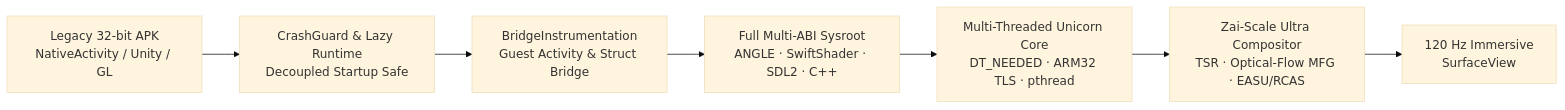
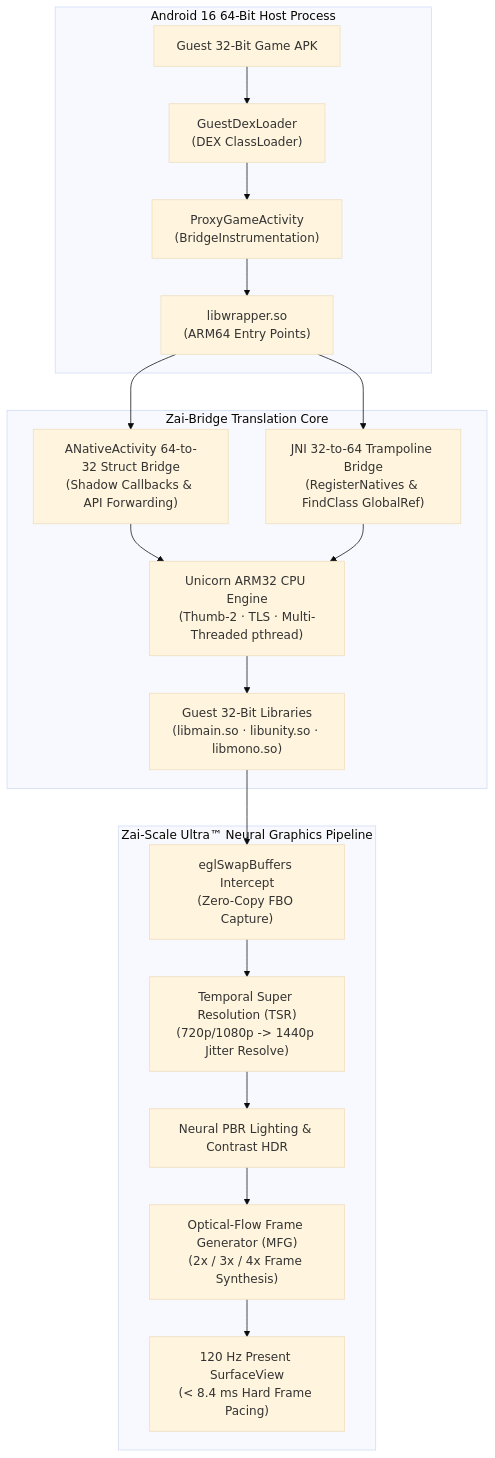
The diagram in README.md (mohdziauddin2006-cloud/zai-bridge), drawn with Mermaid (base theme) before and after one commit. The commit also changed other lines of this file and 15 other files, not shown here.

Commit message:
fix: bridge Unity NativeLoader JNI registration, eliminate UI-thread ANR, fix GPU detection, and add screenshot showcase

````diff
--- a/README.md
+++ b/README.md
@@ -26,9 +66,24 @@
 ```mermaid
-flowchart LR
-    A["Legacy 32-bit APK<br/>NativeActivity / Unity / GL"] --> B["CrashGuard & Lazy Runtime<br/>Decoupled Startup Safe"]
-    B --> C["BridgeInstrumentation<br/>Guest Activity & Struct Bridge"]
-    C --> D["Full Multi-ABI Sysroot<br/>ANGLE · SwiftShader · SDL2 · C++"]
-    D --> E["Multi-Threaded Unicorn Core<br/>DT_NEEDED · ARM32 TLS · pthread"]
-    E --> F["Zai-Scale Ultra Compositor<br/>TSR · Optical-Flow MFG · EASU/RCAS"]
-    F --> G["120 Hz Immersive<br/>SurfaceView"]
+flowchart TD
+    subgraph Host ["Android 16 64-Bit Host Process"]
+        A["Guest 32-Bit Game APK"] --> B["GuestDexLoader<br/>(DEX ClassLoader)"]
+        B --> C["ProxyGameActivity<br/>(BridgeInstrumentation)"]
+        C --> D["libwrapper.so<br/>(ARM64 Entry Points)"]
+    end
+
+    subgraph Core ["Zai-Bridge Translation Core"]
+        D --> E["ANativeActivity 64-to-32 Struct Bridge<br/>(Shadow Callbacks & API Forwarding)"]
+        D --> F["JNI 32-to-64 Trampoline Bridge<br/>(RegisterNatives & FindClass GlobalRef)"]
+        E --> G["Unicorn ARM32 CPU Engine<br/>(Thumb-2 · TLS · Multi-Threaded pthread)"]
+        F --> G
+        G --> H["Guest 32-Bit Libraries<br/>(libmain.so · libunity.so · libmono.so)"]
+    end
+
+    subgraph Graphics ["Zai-Scale Ultra™ Neural Graphics Pipeline"]
+        H --> I["eglSwapBuffers Intercept<br/>(Zero-Copy FBO Capture)"]
+        I --> J["Temporal Super Resolution (TSR)<br/>(720p/1080p -> 1440p Jitter Resolve)"]
+        J --> K["Neural PBR Lighting & Contrast HDR"]
+        K --> L["Optical-Flow Frame Generator (MFG)<br/>(2x / 3x / 4x Frame Synthesis)"]
+        L --> M["120 Hz Present SurfaceView<br/>(&lt; 8.4 ms Hard Frame Pacing)"]
+    end
 ```
````
